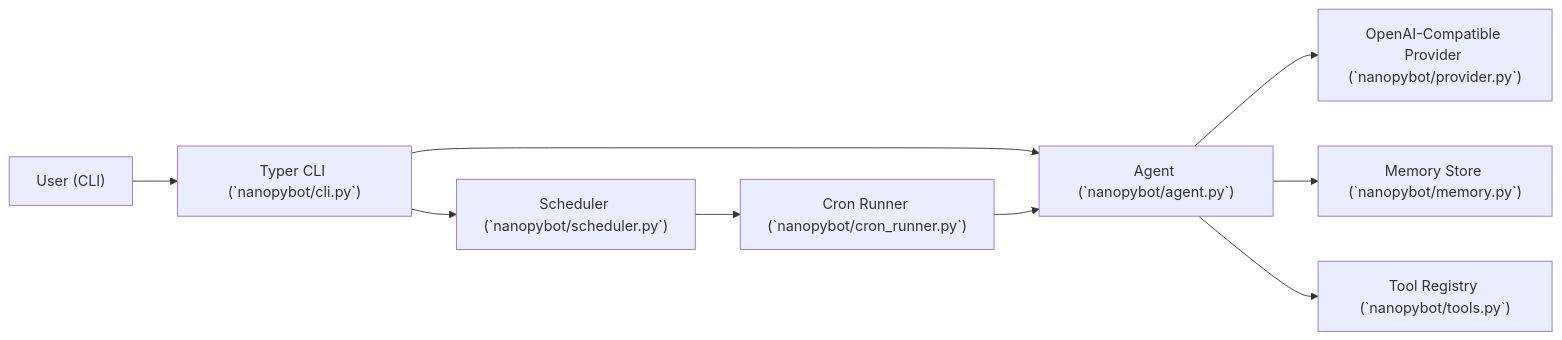
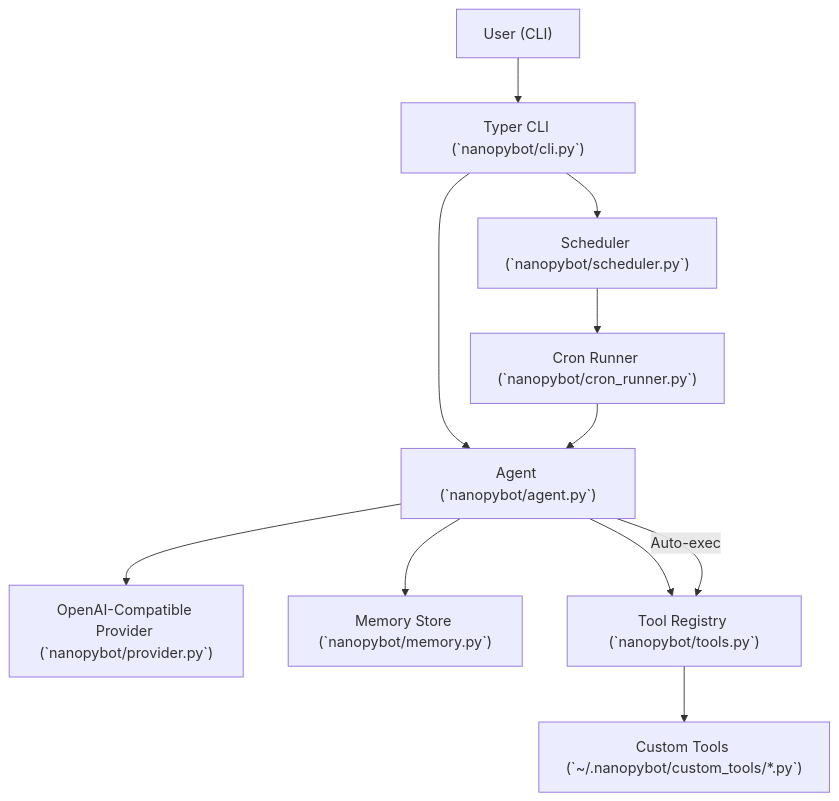
The first of 3 diagrams in ARCHITECTURE.md (kikiginanjar16/nanopy), drawn with Mermaid before and after one commit. The commit also changed other lines of this file and 15 other files, not shown here.

````diff
--- a/ARCHITECTURE.md
+++ b/ARCHITECTURE.md
@@ -7,11 +7,13 @@
 ```mermaid
-flowchart LR
+flowchart TD
     U["User (CLI)"] --> C["Typer CLI (`nanopybot/cli.py`)"]
     C --> A["Agent (`nanopybot/agent.py`)"]
     A --> P["OpenAI-Compatible Provider (`nanopybot/provider.py`)"]
     A --> M["Memory Store (`nanopybot/memory.py`)"]
     A --> T["Tool Registry (`nanopybot/tools.py`)"]
+    T --> CT["Custom Tools (`~/.nanopybot/custom_tools/*.py`)"]
+    A -- "Auto-exec" --> T
     C --> S["Scheduler (`nanopybot/scheduler.py`)"]
     S --> J["Cron Runner (`nanopybot/cron_runner.py`)"]
     J --> A
 ```
````
